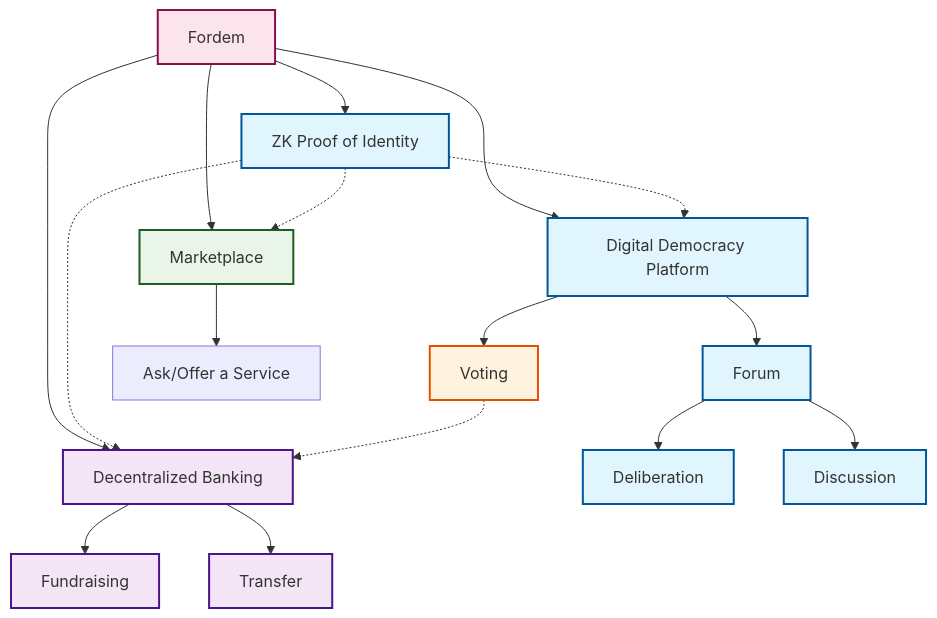
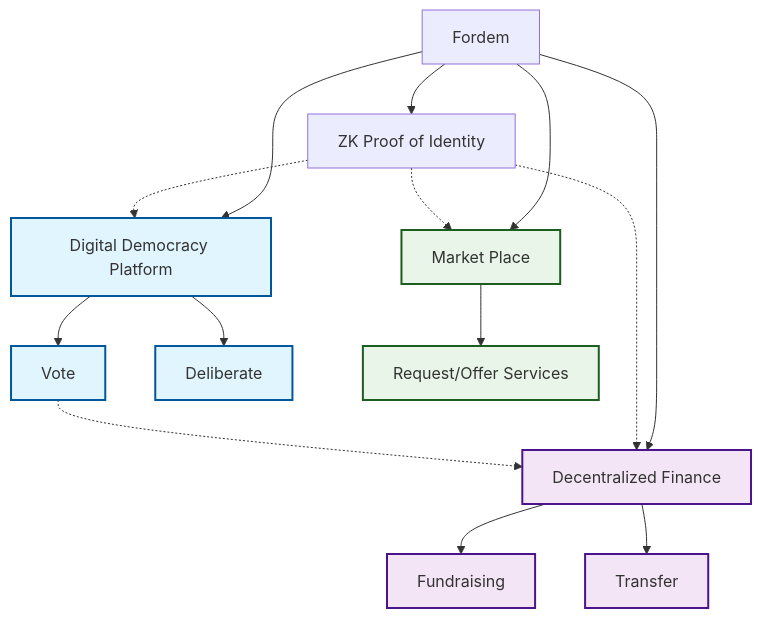
Before and after one commit to tcfev/Fordem: the diagram in README.md, drawn with Mermaid.

Commit message:
Refactor architecture section in README.md for clarity and consistency

````diff
--- a/README.md
+++ b/README.md
@@ -10,39 +7,31 @@
 ```mermaid
 flowchart TD
     System[Fordem] --> DDP[Digital Democracy Platform]
-    System --> DCB[Decentralized Banking]
-    System --> MP[Marketplace]
+    System --> DCB[Decentralized Finance]
+    System --> MP[Market Place]
     System --> ZKIdentity[ZK Proof of Identity]
     
-    DDP --> Voting[Voting]
-    DDP --> Forum[Forum]
-    Forum --> Deliberation[Deliberation]
-    Forum --> Discussion[Discussion]
-    
-    %% Computational Social Choice Methods
+    DDP --> DecisionMaking[Vote]
+    DDP --> Deliberation[Deliberate]
     
     DCB --> Fundraising[Fundraising]
     DCB --> Transfer[Transfer]
     
-    MP --> AskOrOfferService[Ask/Offer a Service]
-    
-    %% ZK Identity enables voting, banking, deliberation, and forum access
+    MP --> AskOrOfferService[Request/Offer Services]
+
     ZKIdentity -.-> DDP
+    ZKIdentity -.-> DCB
     ZKIdentity -.-> MP
-    ZKIdentity -.-> DCB
-    Voting -.-> DCB    
+    DecisionMaking -.-> DCB    
 
-    
+
     %% Styling
     classDef ddpStyle fill:#e1f5fe,stroke:#01579b,stroke-width:2px
     classDef dcbStyle fill:#f3e5f5,stroke:#4a148c,stroke-width:2px
     classDef mpStyle fill:#e8f5e8,stroke:#1b5e20,stroke-width:2px
-    classDef votingStyle fill:#fff3e0,stroke:#e65100,stroke-width:2px
-    classDef systemStyle fill:#fce4ec,stroke:#880e4f,stroke-width:2px
     
-    class System systemStyle
-    class DDP,Forum,Deliberation,Discussion,ZKIdentity ddpStyle
-    class DCB,Loans,Fundraising,Transfer,Swap,DCBActivation dcbStyle
-    class MP,PostJob,OfferService mpStyle
-    class Voting,RankedPairs,Approval votingStyle
+    class DDP,Deliberation,DecisionMaking ddpStyle
+    class DCB,Fundraising,Transfer, dcbStyle
+    class MP,AskOrOfferService mpStyle
+
 ```
````
